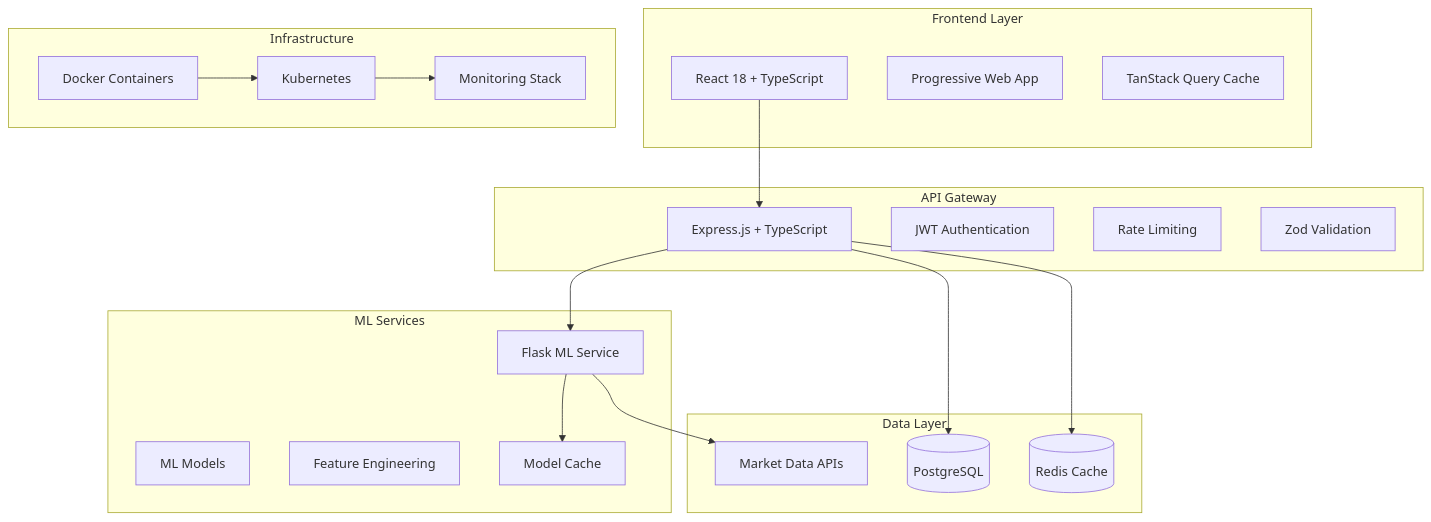
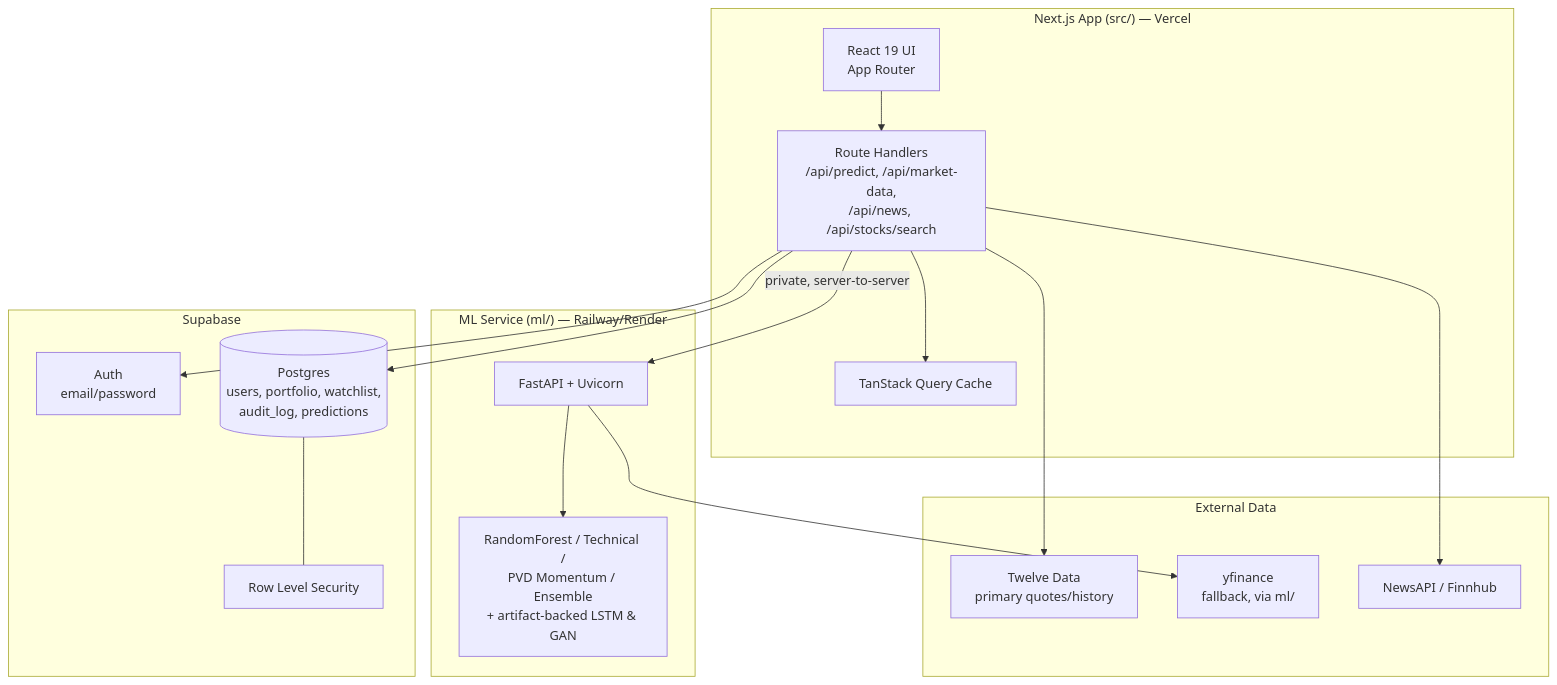
The first of 3 diagrams in README.md (aaron-seq/Roneira-AI-HIFI), drawn with Mermaid before and after one commit. The commit also changed other lines of this file and 39 other files, not shown here.

First line of the commit message:
fix: repair market data pipeline, RLS recursion, and untrained ML slots

````diff
--- a/README.md
+++ b/README.md
@@ -141,44 +141,36 @@
 ```mermaid
 graph TB
-    subgraph "Frontend Layer"
-        UI[React 18 + TypeScript]
-        PWA[Progressive Web App]
-        Cache[TanStack Query Cache]
+    subgraph "Next.js App (src/) — Vercel"
+        UI[React 19 UI<br/>App Router]
+        API[Route Handlers<br/>/api/predict, /api/market-data,<br/>/api/news, /api/stocks/search]
+        RQ[TanStack Query Cache]
     end
-    
-    subgraph "API Gateway"
-        API[Express.js + TypeScript]
-        Auth[JWT Authentication]
-        Rate[Rate Limiting]
-        Validate[Zod Validation]
+
+    subgraph "ML Service (ml/) — Railway/Render"
+        MLAPI[FastAPI + Uvicorn]
+        Models[RandomForest / Technical /<br/>PVD Momentum / Ensemble<br/>+ artifact-backed LSTM & GAN]
     end
-    
-    subgraph "ML Services"
-        ML[Flask ML Service]
-        Models[ML Models]
-        Features[Feature Engineering]
-        Cache2[Model Cache]
+
+    subgraph "Supabase"
+        Auth[Auth<br/>email/password]
+        Postgres[(Postgres<br/>users, portfolio, watchlist,<br/>audit_log, predictions)]
+        RLS[Row Level Security]
     end
-    
-    subgraph "Data Layer"
-        DB[(PostgreSQL)]
-        Redis[(Redis Cache)]
-        Market[Market Data APIs]
+
+    subgraph "External Data"
+        TwelveData[Twelve Data<br/>primary quotes/history]
+        YFinance[yfinance<br/>fallback, via ml/]
+        NewsAPI[NewsAPI / Finnhub]
     end
-    
-    subgraph "Infrastructure"
-        Docker[Docker Containers]
-        K8s[Kubernetes]
-        Monitor[Monitoring Stack]
-    end
-    
+
     UI --> API
-    API --> ML
-    API --> DB
-    API --> Redis
-    ML --> Cache2
-    ML --> Market
-    
-    Docker --> K8s
-    K8s --> Monitor
+    API --> RQ
+    API -->|private, server-to-server| MLAPI
+    MLAPI --> Models
+    API --> Auth
+    API --> Postgres
+    Postgres --- RLS
+    API --> TwelveData
+    MLAPI --> YFinance
+    API --> NewsAPI
 ```
````
